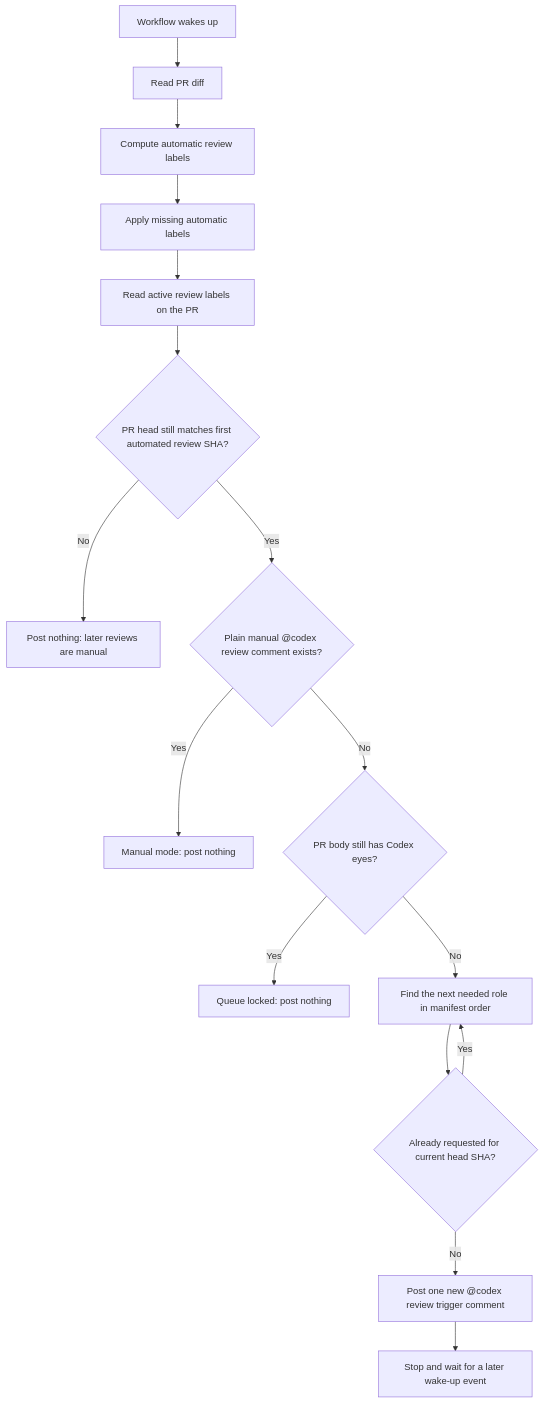
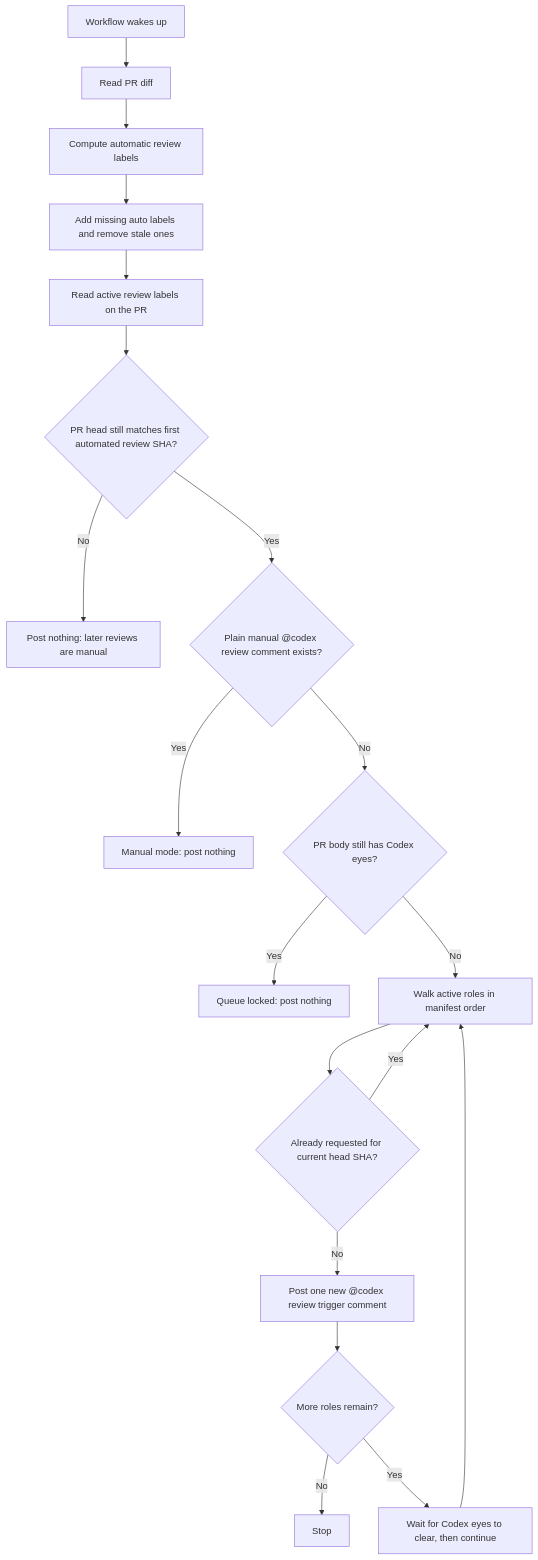
The first of 4 diagrams in docs/workflows/codex-review-flow.md (jaharris87/fTimer), drawn with Mermaid before and after one commit. The commit also changed other lines of this file and 3 other files, not shown here.

````diff
--- a/docs/workflows/codex-review-flow.md
+++ b/docs/workflows/codex-review-flow.md
@@ -29,18 +30,21 @@
 ```mermaid
 flowchart TD
     A["Workflow wakes up"] --> B["Read PR diff"]
     B --> C["Compute automatic review labels"]
-    C --> D["Apply missing automatic labels"]
+    C --> D["Add missing auto labels and remove stale ones"]
     D --> E["Read active review labels on the PR"]
     E --> F{"PR head still matches first automated review SHA?"}
     F -->|"No"| G["Post nothing: later reviews are manual"]
     F -->|"Yes"| H{"Plain manual @codex review comment exists?"}
     H -->|"Yes"| I["Manual mode: post nothing"]
     H -->|"No"| J{"PR body still has Codex eyes?"}
     J -->|"Yes"| K["Queue locked: post nothing"]
-    J -->|"No"| L["Find the next needed role in manifest order"]
+    J -->|"No"| L["Walk active roles in manifest order"]
     L --> M{"Already requested for current head SHA?"}
     M -->|"Yes"| L
     M -->|"No"| N["Post one new @codex review trigger comment"]
-    N --> O["Stop and wait for a later wake-up event"]
+    N --> O{"More roles remain?"}
+    O -->|"No"| P["Stop"]
+    O -->|"Yes"| Q["Wait for Codex eyes to clear, then continue"]
+    Q --> L
 ```
````
